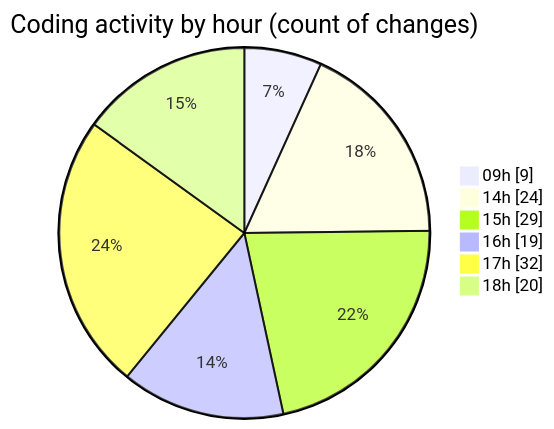
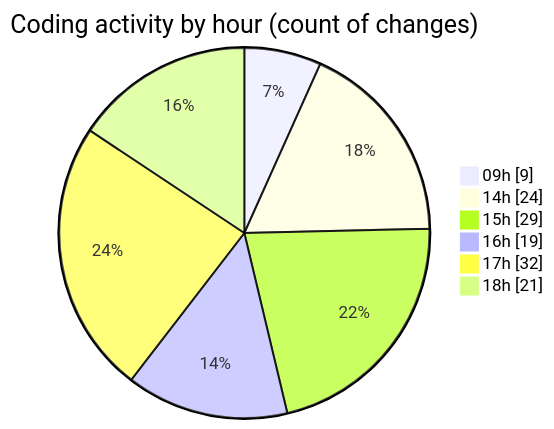
Before and after one commit to julien-gomy/code-tracking: the second of 2 diagrams in 2025-11-25/eventscop-frontend-guide__workspace_/README.md, drawn with Mermaid. The commit also changed other lines of this file and 1 other file, not shown here.

````diff
--- a/2025-11-25/eventscop-frontend-guide__workspace_/README.md
+++ b/2025-11-25/eventscop-frontend-guide__workspace_/README.md
@@ -54,10 +55,10 @@
 ```mermaid
 pie showData
 title Coding activity by hour (count of changes)
 "09h" : 9
 "14h" : 24
 "15h" : 29
 "16h" : 19
 "17h" : 32
-"18h" : 20
+"18h" : 21
 ```
````
